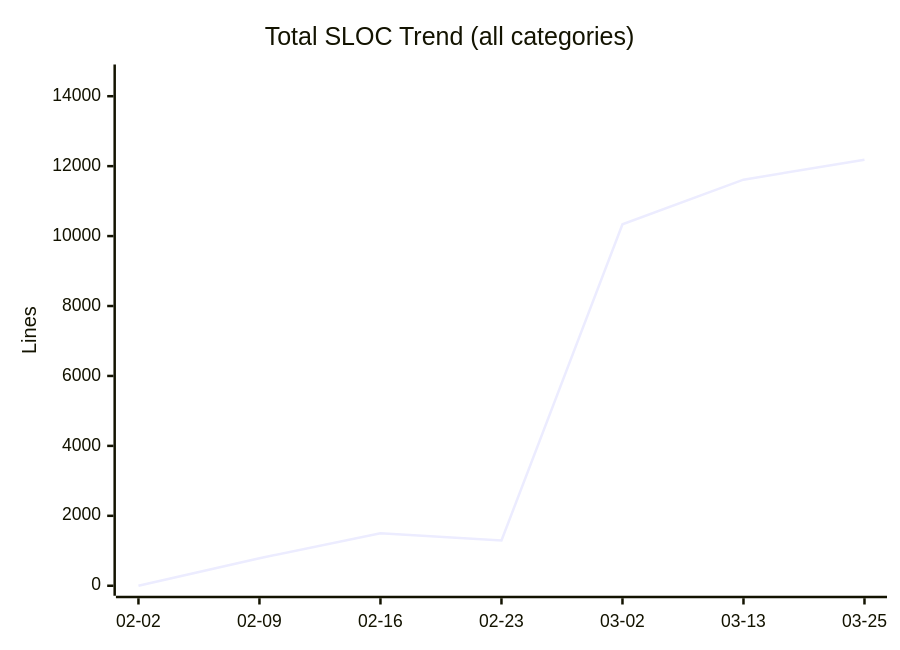
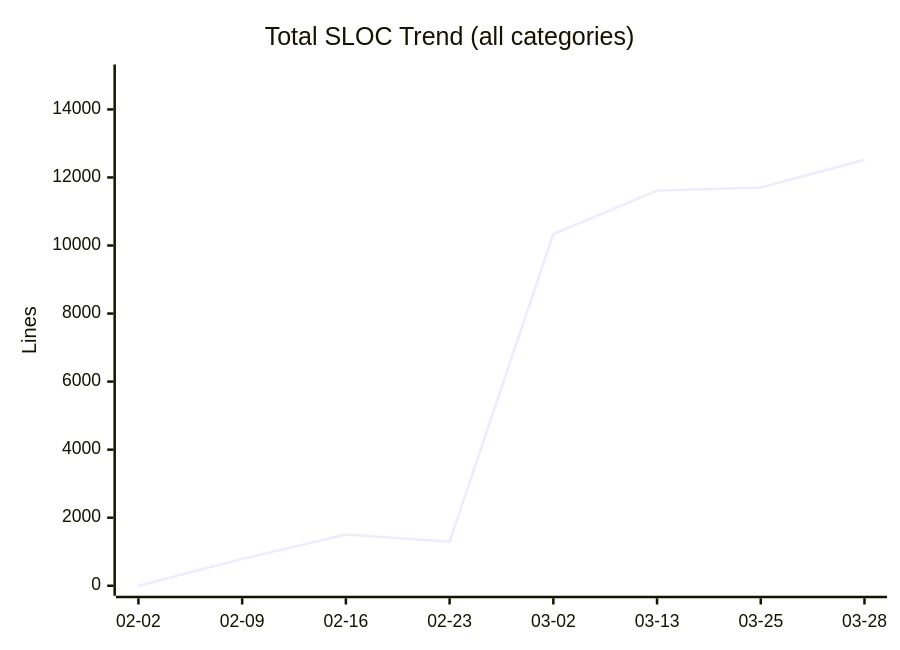
One commit to nablarch/nabledge-dev changed the eighth of 14 diagrams in docs/metrics.md. Above: the diagram before and after it, drawn with Mermaid. The commit also changed other lines of this file, not shown here.

````diff
--- a/docs/metrics.md
+++ b/docs/metrics.md
@@ -121,7 +121,7 @@
 ```mermaid
 xychart-beta
   title "Total SLOC Trend (all categories)"
-  x-axis ["02-02", "02-09", "02-16", "02-23", "03-02", "03-13", "03-25"]
-  y-axis "Lines" 0 --> 14621
-  line [0, 789, 1503, 1293, 10339, 11613, 12184]
+  x-axis ["02-02", "02-09", "02-16", "02-23", "03-02", "03-13", "03-25", "03-28"]
+  y-axis "Lines" 0 --> 15026
+  line [0, 789, 1503, 1293, 10339, 11613, 11704, 12521]
 ```
````
